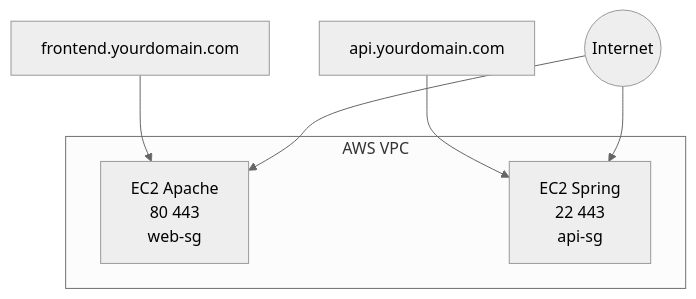
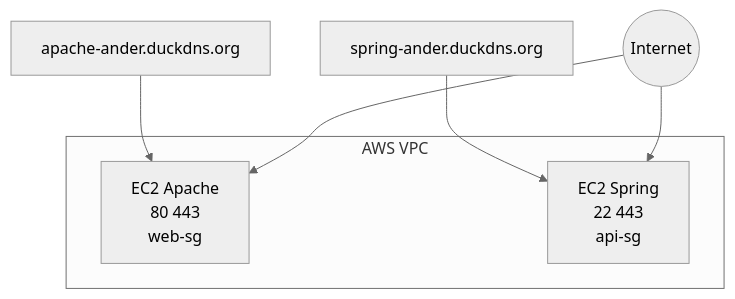
The second of 3 diagrams in README.md (AnderssonProgramming/secure-application-design), drawn with Mermaid (neutral theme) before and after one commit. The commit also changed other lines of this file and 2 other files, not shown here.

````diff
--- a/README.md
+++ b/README.md
@@ -62,12 +72,12 @@
 ```mermaid
 flowchart TB
     subgraph AWS[AWS VPC]
         AP[EC2 Apache\n80 443\nweb-sg]
         SP[EC2 Spring\n22 443\napi-sg]
     end
 
-    DNS1[frontend.yourdomain.com] --> AP
-    DNS2[api.yourdomain.com] --> SP
+    DNS1[apache-ander.duckdns.org] --> AP
+    DNS2[spring-ander.duckdns.org] --> SP
     Internet((Internet)) --> AP
     Internet --> SP
 ```
````
